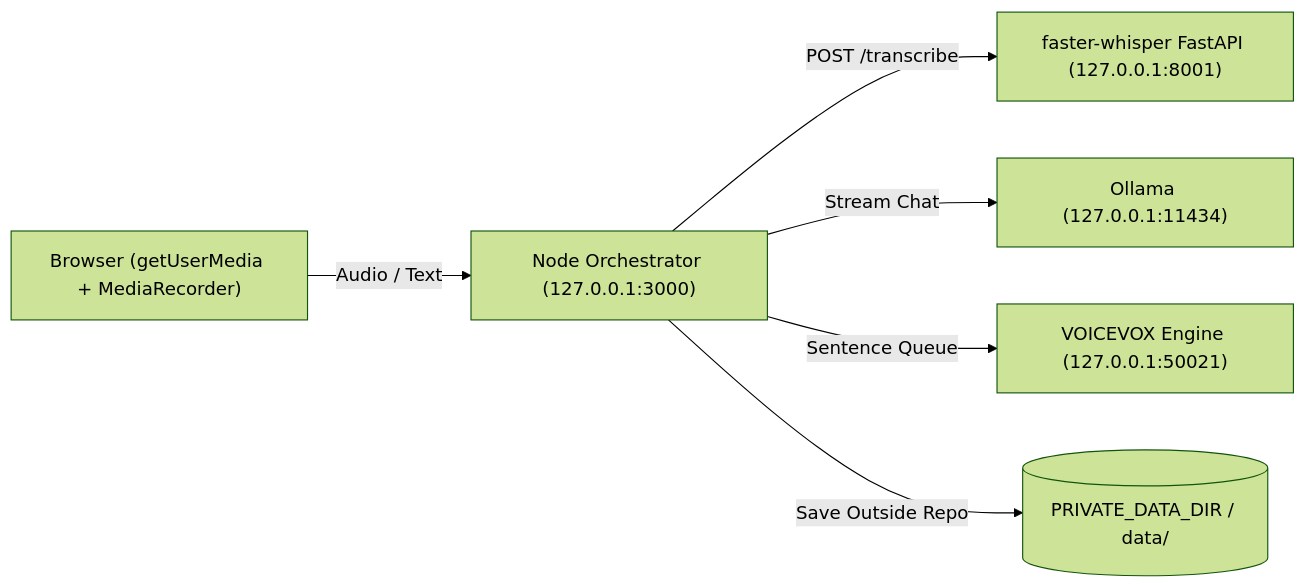
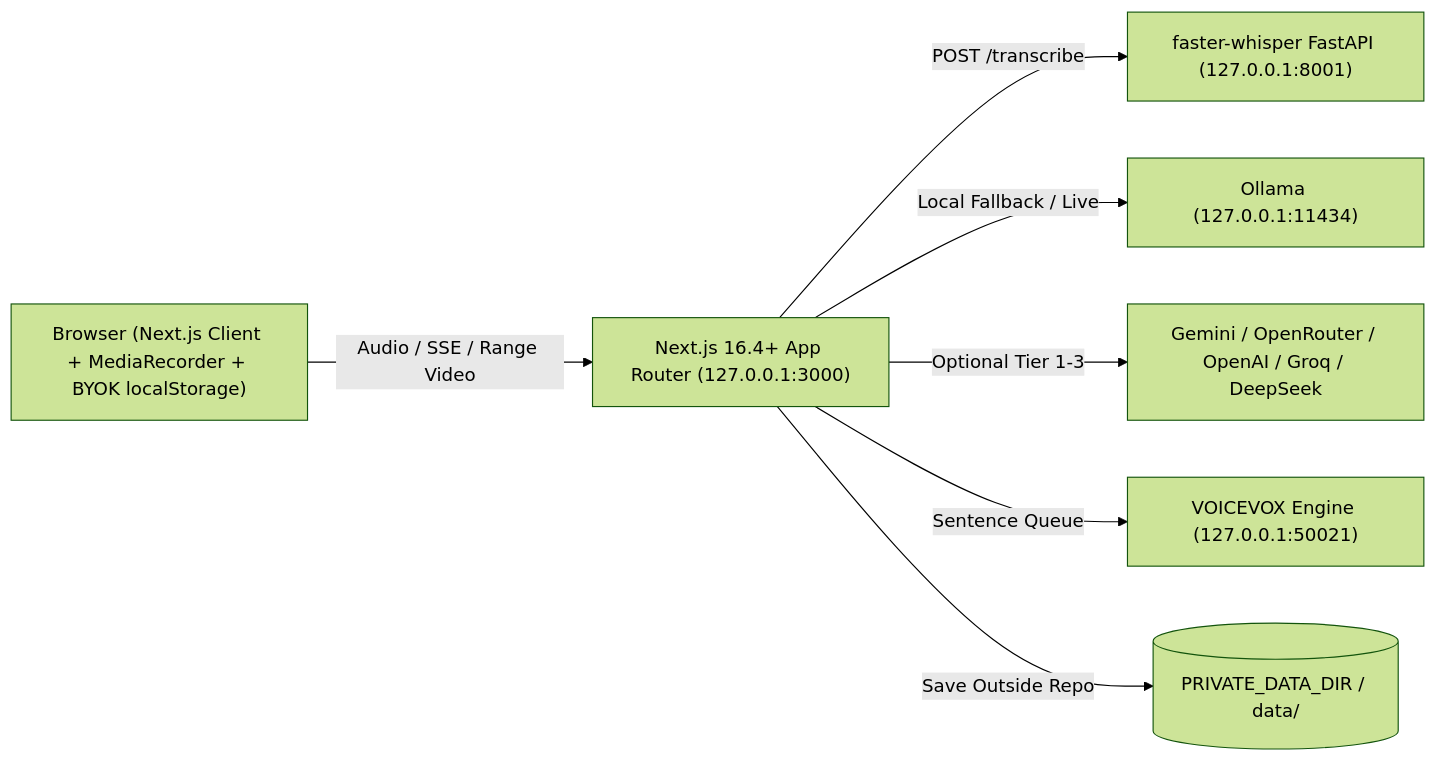
The diagram in README.md (YozoraRoy/interview-dojo), drawn with Mermaid (forest theme) before and after one commit. The commit also changed other lines of this file and 78 other files, not shown here.

Commit message:
feat: migrate to Next.js 16.4+ Cache Components, add hybrid LLM BYOK routing, and update SUL 1.0 license & README (#7, #8)

````diff
--- a/README.md
+++ b/README.md
@@ -35,8 +34,9 @@
 ```mermaid
 flowchart LR
-  Browser["Browser (getUserMedia + MediaRecorder)"] -->|Audio / Text| Node["Node Orchestrator (127.0.0.1:3000)"]
-  Node -->|POST /transcribe| STT["faster-whisper FastAPI (127.0.0.1:8001)"]
-  Node -->|Stream Chat| Ollama["Ollama (127.0.0.1:11434)"]
-  Node -->|Sentence Queue| VV["VOICEVOX Engine (127.0.0.1:50021)"]
-  Node -->|Save Outside Repo| Private[("PRIVATE_DATA_DIR / data/")]
+  Browser["Browser (Next.js Client + MediaRecorder + BYOK localStorage)"] -->|Audio / SSE / Range Video| Next["Next.js 16.4+ App Router (127.0.0.1:3000)"]
+  Next -->|POST /transcribe| STT["faster-whisper FastAPI (127.0.0.1:8001)"]
+  Next -->|Local Fallback / Live| Ollama["Ollama (127.0.0.1:11434)"]
+  Next -->|Optional Tier 1-3| Cloud["Gemini / OpenRouter / OpenAI / Groq / DeepSeek"]
+  Next -->|Sentence Queue| VV["VOICEVOX Engine (127.0.0.1:50021)"]
+  Next -->|Save Outside Repo| Private[("PRIVATE_DATA_DIR / data/")]
 ```
````
